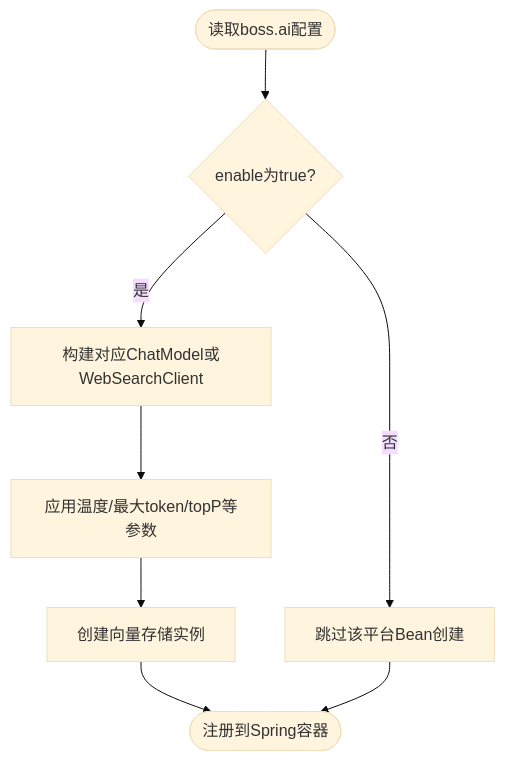
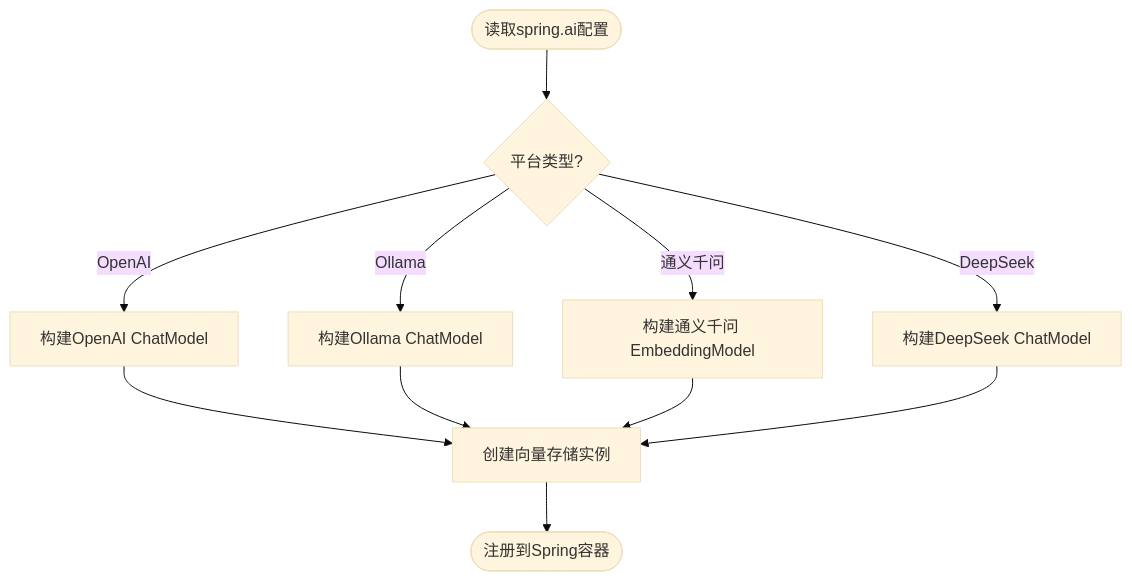
The fourth of 5 diagrams in .qoder/repowiki/zh/content/配置指南.md (X555LB/data-ai), drawn with Mermaid (base theme) before and after one commit. The commit also changed other lines of this file and 24 other files, not shown here.

````diff
--- a/.qoder/repowiki/zh/content/配置指南.md
+++ b/.qoder/repowiki/zh/content/配置指南.md
@@ -274,10 +270,13 @@
 ```mermaid
 flowchart TD
-Start(["读取boss.ai配置"]) --> CheckEnable{"enable为true?"}
-CheckEnable --> |否| Skip["跳过该平台Bean创建"]
-CheckEnable --> |是| Build["构建对应ChatModel或WebSearchClient"]
-Build --> Options["应用温度/最大token/topP等参数"]
-Options --> VectorStore["创建向量存储实例"]
+Start(["读取spring.ai配置"]) --> CheckPlatform{"平台类型?"}
+CheckPlatform --> |OpenAI| BuildOpenAI["构建OpenAI ChatModel"]
+CheckPlatform --> |Ollama| BuildOllama["构建Ollama ChatModel"]
+CheckPlatform --> |通义千问| BuildTongYi["构建通义千问 EmbeddingModel"]
+CheckPlatform --> |DeepSeek| BuildDeepSeek["构建DeepSeek ChatModel"]
+BuildOpenAI --> VectorStore["创建向量存储实例"]
+BuildOllama --> VectorStore
+BuildTongYi --> VectorStore
+BuildDeepSeek --> VectorStore
 VectorStore --> Done(["注册到Spring容器"])
-Skip --> Done
 ```
````
